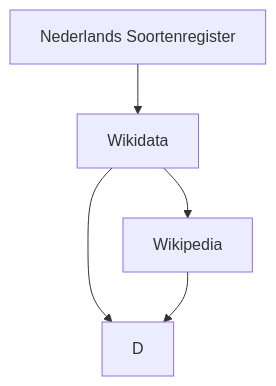
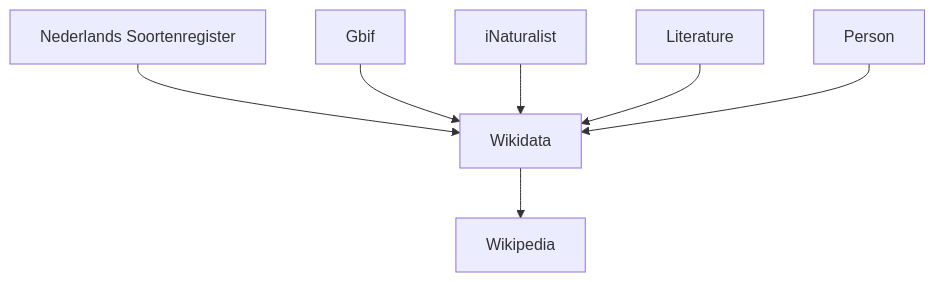
The diagram in README.md (andrawaag/arise_hack2022), drawn with Mermaid before and after one commit.

````diff
--- a/README.md
+++ b/README.md
@@ -3,7 +3,9 @@
 ```mermaid
   graph TD;
-      A[Nederlands Soortenregister]-->B[Wikidata];
-      B-->C[Wikipedia];
-      B-->D;
-      C-->D;
+      NS[Nederlands Soortenregister]-->WD[Wikidata];
+      WD-->WP[Wikipedia];
+      G[Gbif]-->WD;
+      I[iNaturalist]-->WD;
+      DOI[Literature]-->WD;
+      ORCID[Person]-->WD;
 ```
````
